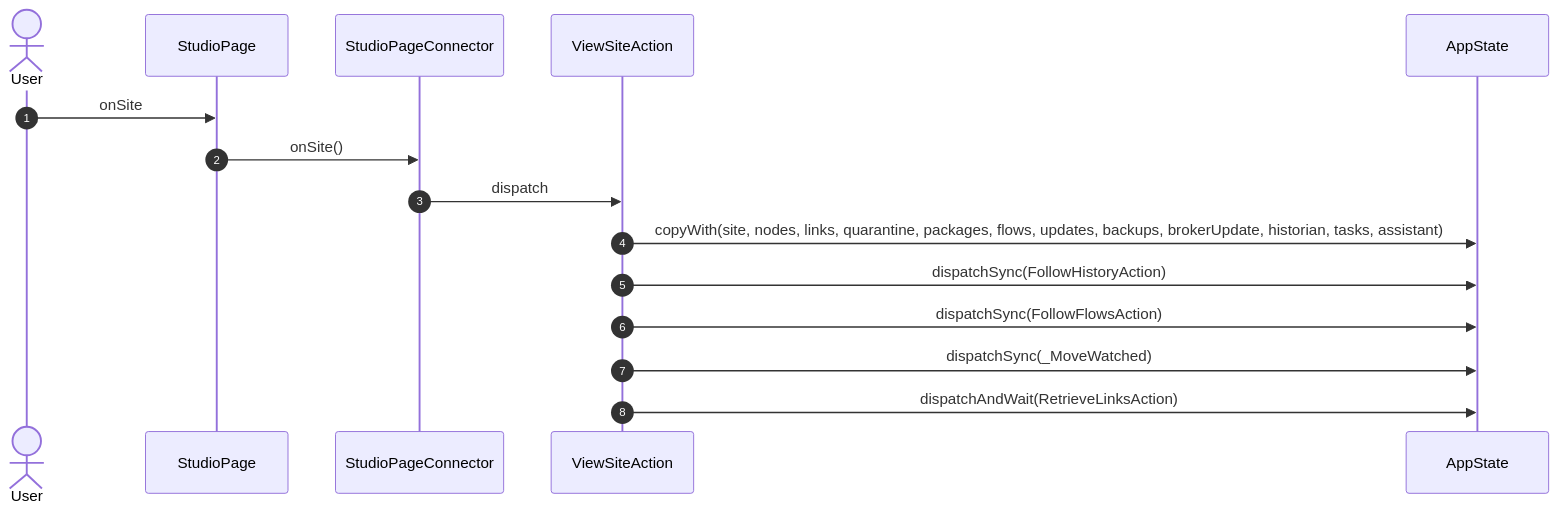
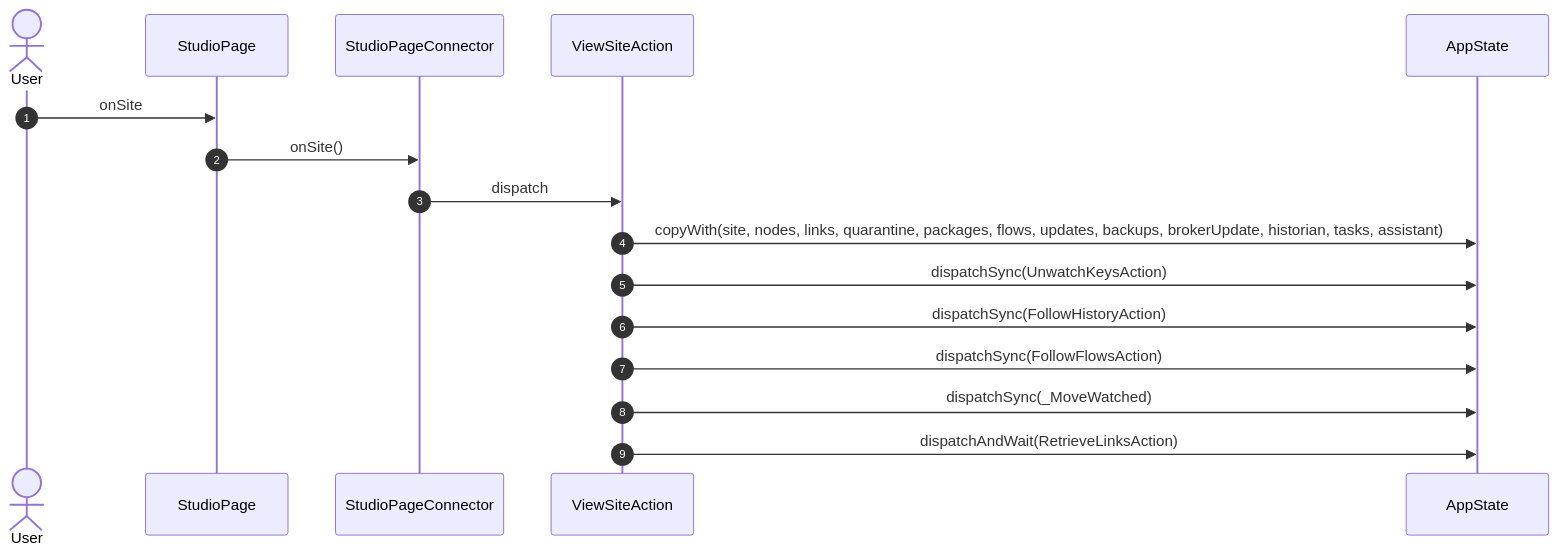
One commit to gencto/wyrm changed the fourth of 13 diagrams in studio/docs/flows/studio.md. Above: the diagram before and after it, drawn with Mermaid. The commit also changed 18 other files, not shown here.

````diff
--- a/studio/docs/flows/studio.md
+++ b/studio/docs/flows/studio.md
@@ -63,18 +63,19 @@
 ```mermaid
 sequenceDiagram
     autonumber
     actor User
     participant UI as StudioPage
     participant VM as StudioPageConnector
     participant A1 as ViewSiteAction
     participant ST as AppState
 
     User->>UI: onSite
     UI->>VM: onSite()
     VM->>A1: dispatch
     A1->>ST: copyWith(site, nodes, links, quarantine, packages, flows, updates, backups, brokerUpdate, historian, tasks, assistant)
+    A1->>ST: dispatchSync(UnwatchKeysAction)
     A1->>ST: dispatchSync(FollowHistoryAction)
     A1->>ST: dispatchSync(FollowFlowsAction)
     A1->>ST: dispatchSync(_MoveWatched)
     A1->>ST: dispatchAndWait(RetrieveLinksAction)
 ```
````
